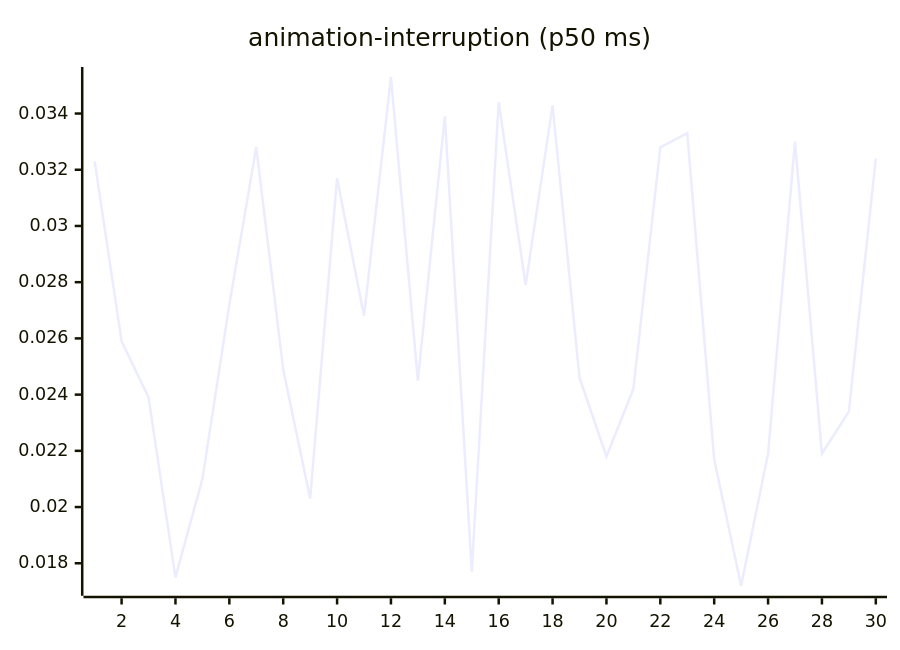
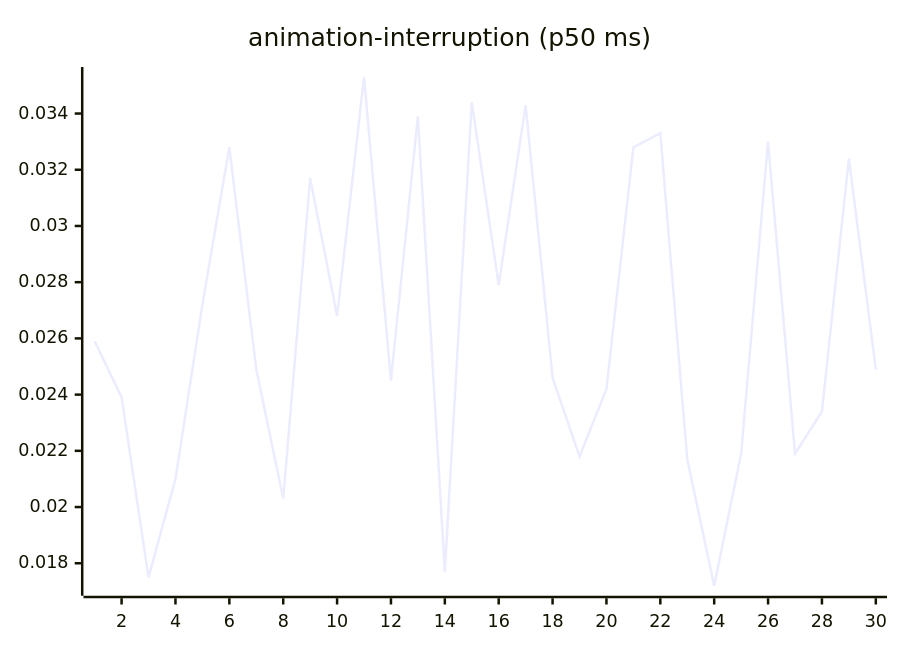
Before and after one commit to josha/Facet: the third of 27 diagrams in README.md, drawn with Mermaid. The commit also changed other lines of this file and 2 other files, not shown here.

````diff
--- a/README.md
+++ b/README.md
@@ -77,6 +77,6 @@
 ```mermaid
 xychart-beta
     title "animation-interruption (p50 ms)"
     x-axis 1 --> 30
-    line [0.0323, 0.0259, 0.0239, 0.0175, 0.0210, 0.0272, 0.0328, 0.0249, 0.0203, 0.0317, 0.0268, 0.0353, 0.0245, 0.0339, 0.0177, 0.0344, 0.0279, 0.0343, 0.0246, 0.0218, 0.0242, 0.0328, 0.0333, 0.0217, 0.0172, 0.0219, 0.0330, 0.0219, 0.0234, 0.0324]
+    line [0.0259, 0.0239, 0.0175, 0.0210, 0.0272, 0.0328, 0.0249, 0.0203, 0.0317, 0.0268, 0.0353, 0.0245, 0.0339, 0.0177, 0.0344, 0.0279, 0.0343, 0.0246, 0.0218, 0.0242, 0.0328, 0.0333, 0.0217, 0.0172, 0.0219, 0.0330, 0.0219, 0.0234, 0.0324, 0.0249]
 ```
````
